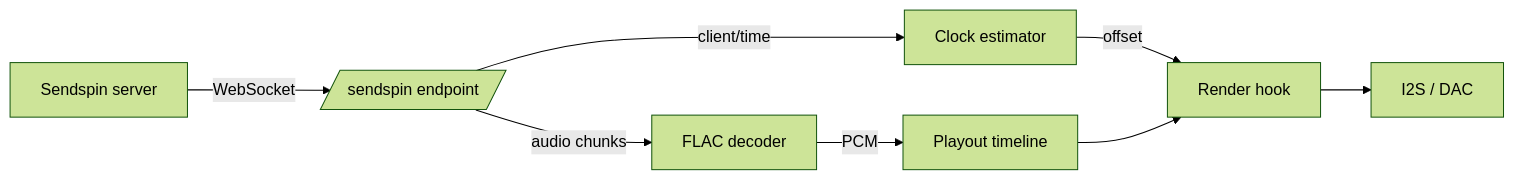
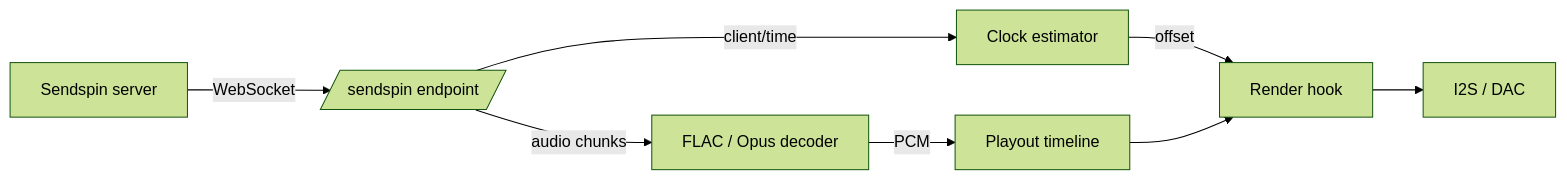
Before and after one commit to emlynmac/airplay-esp32s: the diagram in docs/features/sendspin.md, drawn with Mermaid (forest theme). The commit also changed other lines of this file and 2 other files, not shown here.

First line of the commit message:
docs: Sendspin decodes Opus now

````diff
--- a/docs/features/sendspin.md
+++ b/docs/features/sendspin.md
@@ -56,10 +59,10 @@
 ```mermaid
 flowchart LR
     S[Sendspin server] -- WebSocket --> W[/sendspin endpoint/]
-    W -- audio chunks --> D[FLAC decoder]
+    W -- audio chunks --> D[FLAC / Opus decoder]
     D -- PCM --> T[Playout timeline]
     W -- client/time --> C[Clock estimator]
     C -- offset --> R[Render hook]
     T --> R
     R --> O[I2S / DAC]
 ```
````
